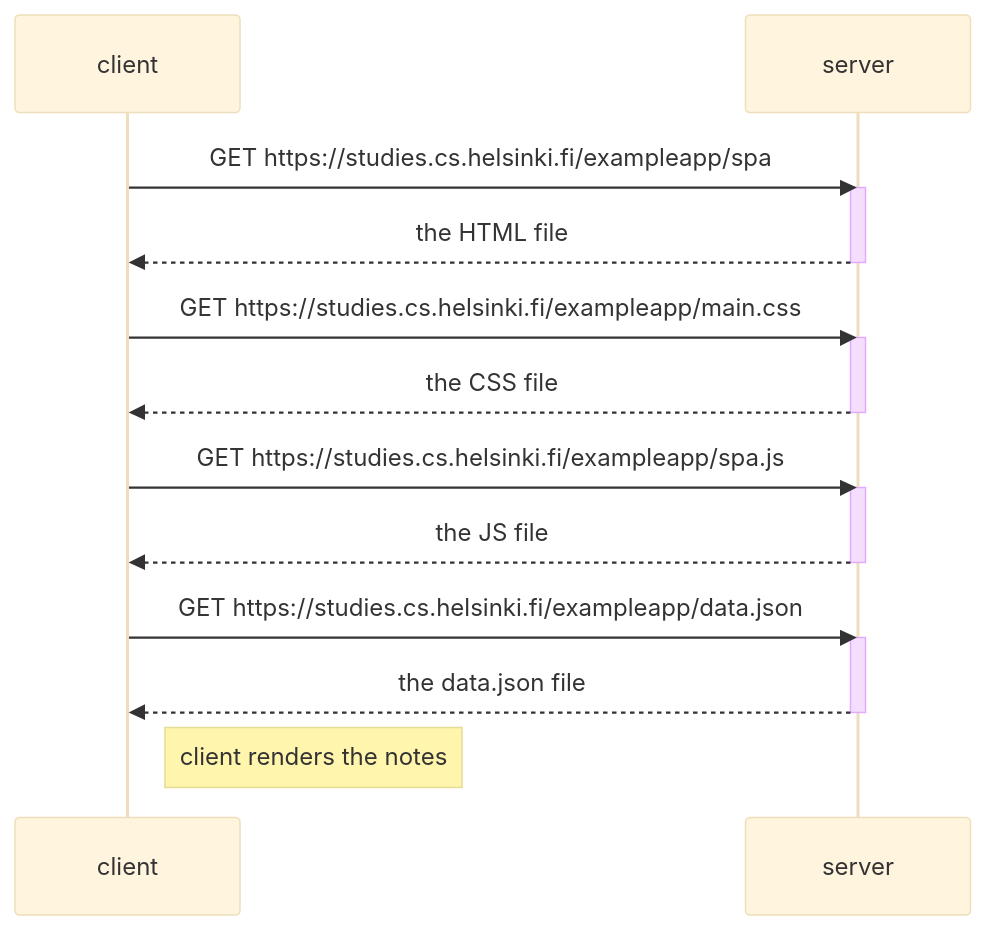
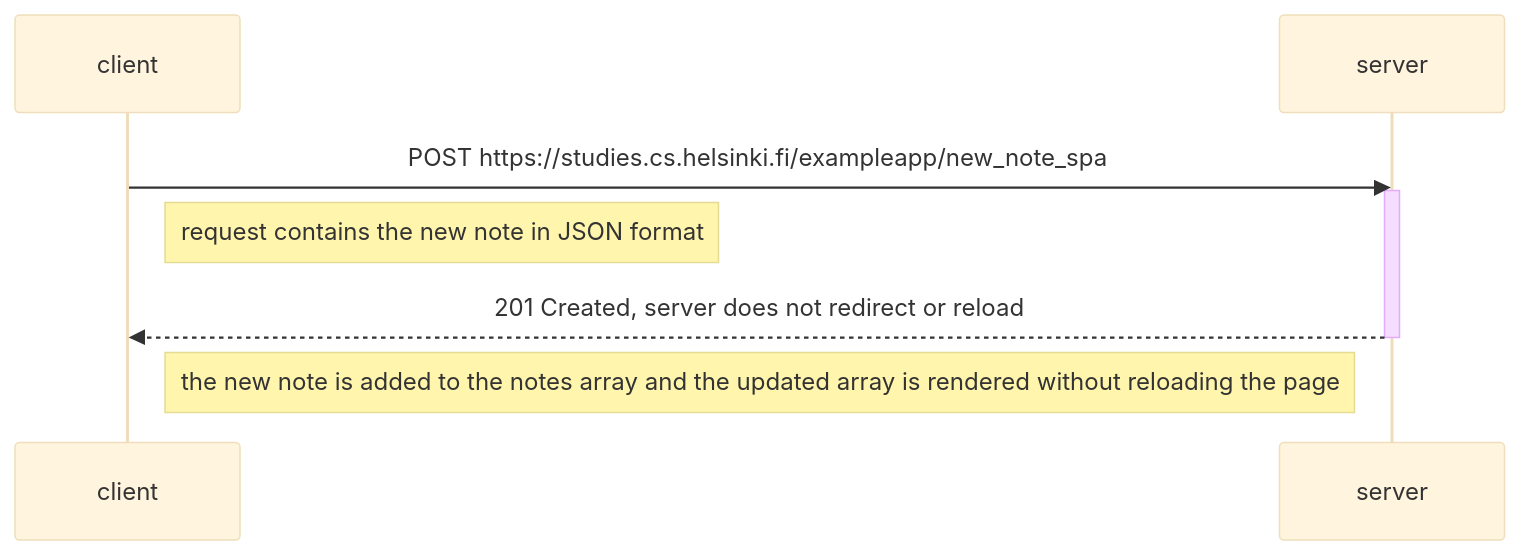
Before and after one commit to codenamecat/fullstackopen-course: the diagram in part0-exercises/exercise0.6.md, drawn with Mermaid (base theme). The commit also changed other lines of this file, not shown here.

````diff
--- a/part0-exercises/exercise0.6.md
+++ b/part0-exercises/exercise0.6.md
@@ -7,27 +7,13 @@
 ```mermaid
     sequenceDiagram
         participant client
         participant server
         
-        client->>server: GET https://studies.cs.helsinki.fi/exampleapp/spa
+        client->>server: POST https://studies.cs.helsinki.fi/exampleapp/new_note_spa
         activate server
-        server-->>client: the HTML file
-        deactivate server
-        
-        client->>server: GET https://studies.cs.helsinki.fi/exampleapp/main.css
-        activate server
-        server-->>client: the CSS file
-        deactivate server
-        
-        client->>server: GET https://studies.cs.helsinki.fi/exampleapp/spa.js
-        activate server
-        server-->>client: the JS file
+        Note right of client: request contains the new note in JSON format
+        server-->>client: 201 Created, server does not redirect or reload
         deactivate server
 
-        client->>server: GET https://studies.cs.helsinki.fi/exampleapp/data.json
-        activate server
-        server-->>client: the data.json file
-        deactivate server
-
-        Note right of client: client renders the notes
+        Note right of client: the new note is added to the notes array and the updated array is rendered without reloading the page
 ```
````
